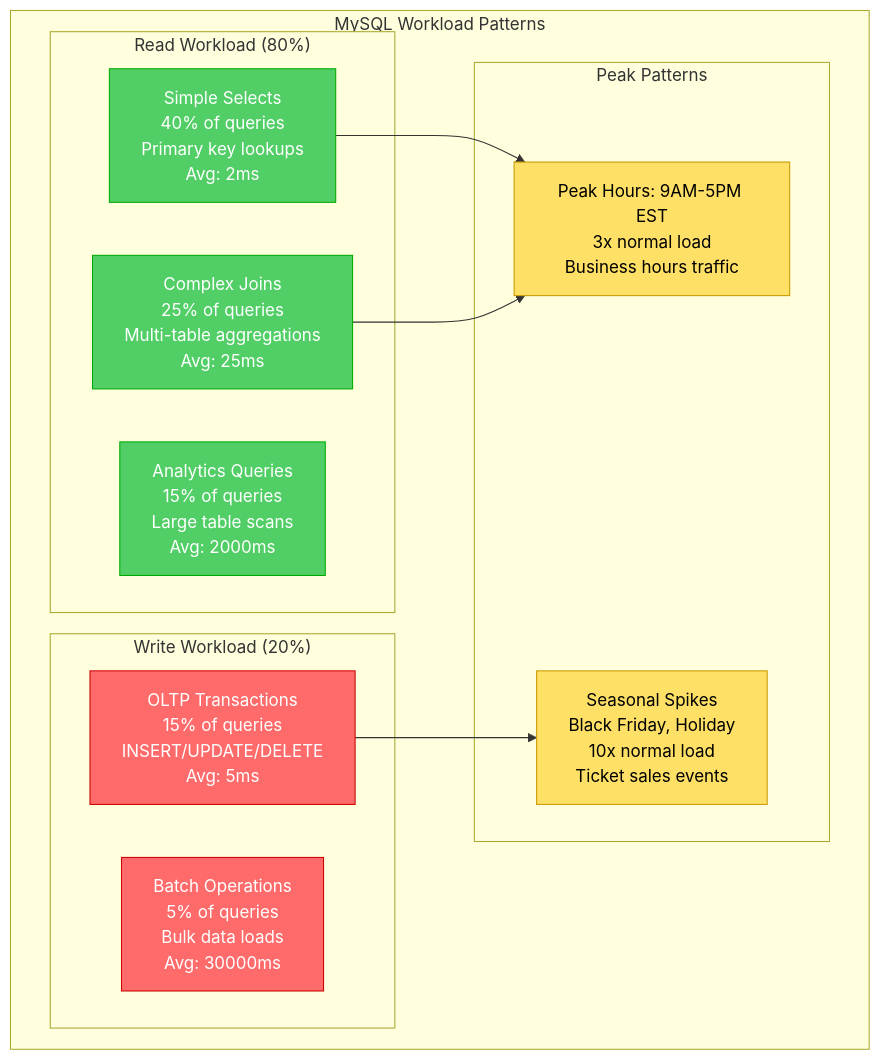
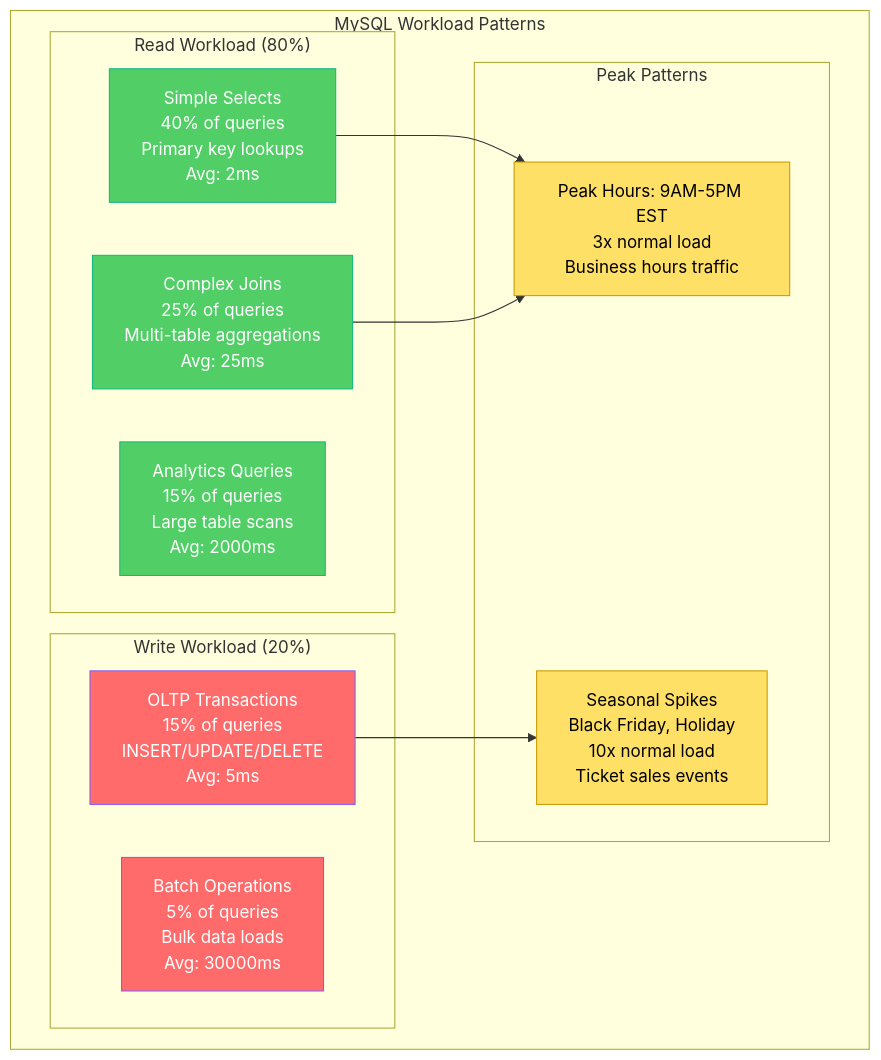
The second of 8 diagrams in site/docs/migrations/mysql-to-aurora.md (deepaucksharma/DS), drawn with Mermaid before and after one commit. The commit also changed other lines of this file and 303 other files, not shown here.

````diff
--- a/site/docs/migrations/mysql-to-aurora.md
+++ b/site/docs/migrations/mysql-to-aurora.md
@@ -90,37 +90,37 @@
 ```mermaid
 graph TB
     subgraph "MySQL Workload Patterns"
         subgraph "Read Workload (80%)"
             READ_SIMPLE[Simple Selects<br/>40% of queries<br/>Primary key lookups<br/>Avg: 2ms]
             
             READ_COMPLEX[Complex Joins<br/>25% of queries<br/>Multi-table aggregations<br/>Avg: 25ms]
             
             READ_ANALYTICS[Analytics Queries<br/>15% of queries<br/>Large table scans<br/>Avg: 2000ms]
         end
         
         subgraph "Write Workload (20%)"
             WRITE_OLTP[OLTP Transactions<br/>15% of queries<br/>INSERT/UPDATE/DELETE<br/>Avg: 5ms]
             
             WRITE_BATCH[Batch Operations<br/>5% of queries<br/>Bulk data loads<br/>Avg: 30000ms]
         end
         
         subgraph "Peak Patterns"
             PEAK_HOURS[Peak Hours: 9AM-5PM EST<br/>3x normal load<br/>Business hours traffic]
             
             SEASONAL[Seasonal Spikes<br/>Black Friday, Holiday<br/>10x normal load<br/>Ticket sales events]
         end
     end
 
     READ_SIMPLE --> PEAK_HOURS
     READ_COMPLEX --> PEAK_HOURS
     WRITE_OLTP --> SEASONAL
 
     %% Apply colors
-    classDef readStyle fill:#51CF66,stroke:#00AA00,color:#fff
-    classDef writeStyle fill:#FF6B6B,stroke:#CC0000,color:#fff
+    classDef readStyle fill:#51CF66,stroke:#10B981,color:#fff
+    classDef writeStyle fill:#FF6B6B,stroke:#8B5CF6,color:#fff
     classDef peakStyle fill:#FFE066,stroke:#CC9900,color:#000
 
     class READ_SIMPLE,READ_COMPLEX,READ_ANALYTICS readStyle
     class WRITE_OLTP,WRITE_BATCH writeStyle
     class PEAK_HOURS,SEASONAL peakStyle
 ```
````
